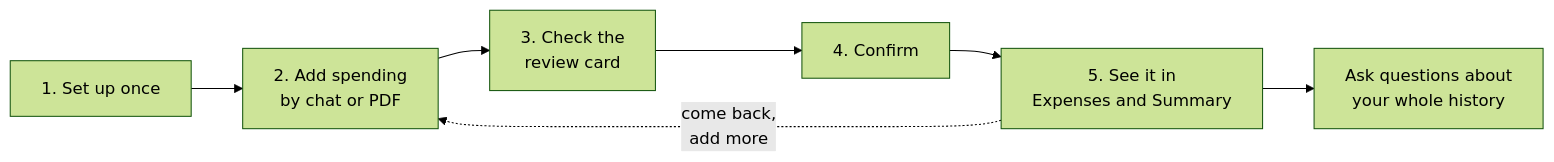
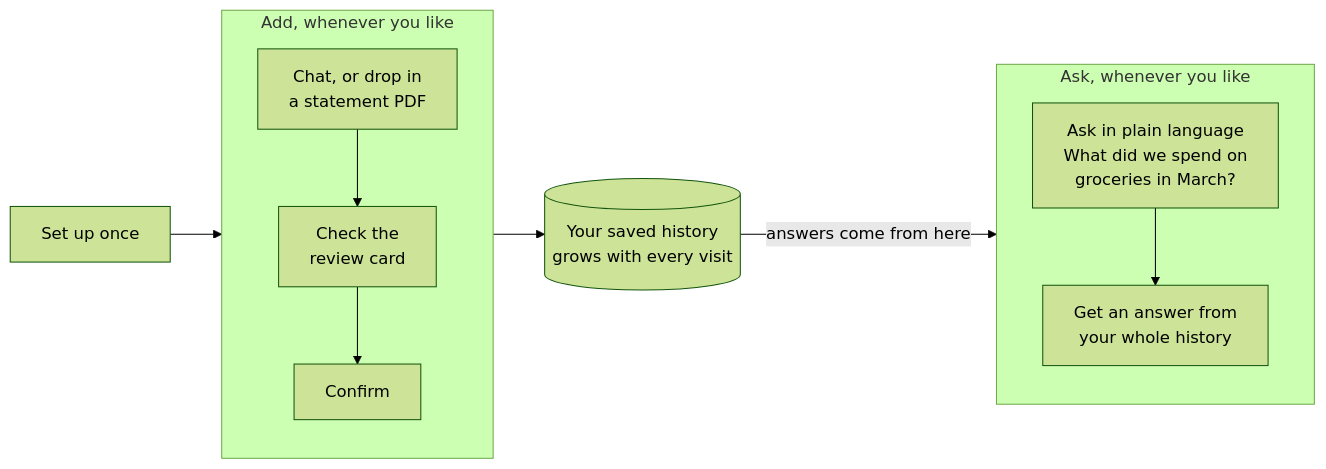
Before and after one commit to SameerR007/haushaltsbuch: the first of 4 diagrams in README.md, drawn with Mermaid (forest theme). The commit also changed other lines of this file, not shown here.

Commit message:
Make asking questions a main path in the How you use it flowchart.
The diagram now shows two repeating activities, Add and Ask, around the
saved history, instead of a storing pipeline with questions as an
afterthought.

````diff
--- a/README.md
+++ b/README.md
@@ -53,9 +53,14 @@
 ```mermaid
 flowchart LR
-    A["1. Set up once"] --> B["2. Add spending<br/>by chat or PDF"]
-    B --> C["3. Check the<br/>review card"]
-    C --> D["4. Confirm"]
-    D --> E["5. See it in<br/>Expenses and Summary"]
-    E -.->|"come back,<br/>add more"| B
-    E --> F["Ask questions about<br/>your whole history"]
+    S["Set up once"] --> A1
+    subgraph ADD["Add, whenever you like"]
+        direction TB
+        A1["Chat, or drop in<br/>a statement PDF"] --> A2["Check the<br/>review card"] --> A3["Confirm"]
+    end
+    A3 --> H[("Your saved history<br/>grows with every visit")]
+    subgraph ASK["Ask, whenever you like"]
+        direction TB
+        Q1["Ask in plain language<br/>What did we spend on<br/>groceries in March?"] --> Q2["Get an answer from<br/>your whole history"]
+    end
+    H -->|"answers come from here"| Q2
 ```
````
